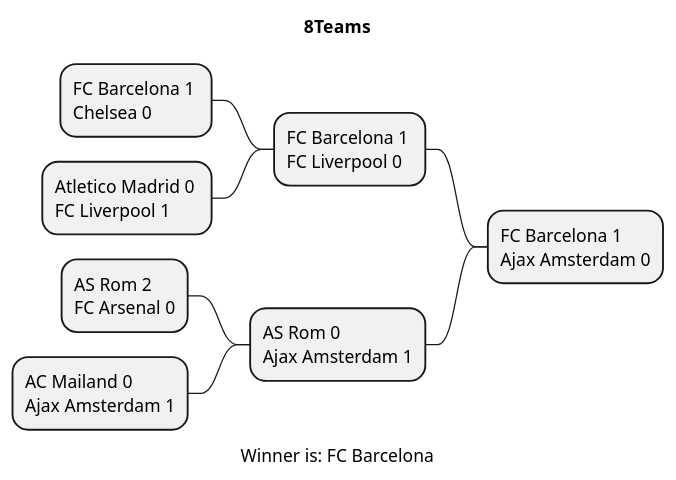
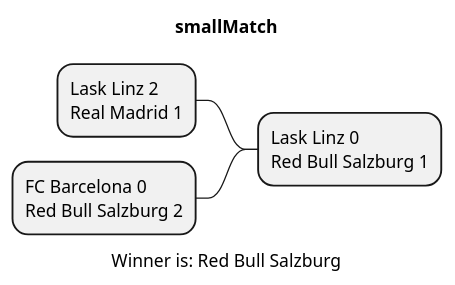
The diagram in asciidocs/plantuml/Result.puml (htl-leonding-project/2022-4ahif-autohaus), drawn with PlantUML before and after one commit. The commit also changed 30 other files, not shown here.

```diff
--- a/asciidocs/plantuml/Result.puml
+++ b/asciidocs/plantuml/Result.puml
@@ -1,18 +1,10 @@
-@startmindmap 8Teams.png
-title 8Teams
+@startmindmap smallMatch.png
+title smallMatch
 
-- FC Barcelona 1 \nAjax Amsterdam 0
+- Lask Linz 0 \nRed Bull Salzburg 1
 
--- FC Barcelona 1 \nFC Liverpool 0
+-- Lask Linz 2 \nReal Madrid 1
 
---- FC Barcelona 1 \nChelsea 0
-
---- Atletico Madrid 0 \nFC Liverpool 1
-
--- AS Rom 0 \nAjax Amsterdam 1
-
---- AS Rom 2 \nFC Arsenal 0
-
---- AC Mailand 0 \nAjax Amsterdam 1
-caption Winner is: FC Barcelona
+-- FC Barcelona 0 \nRed Bull Salzburg 2
+caption Winner is: Red Bull Salzburg
 @endmindmap
```
